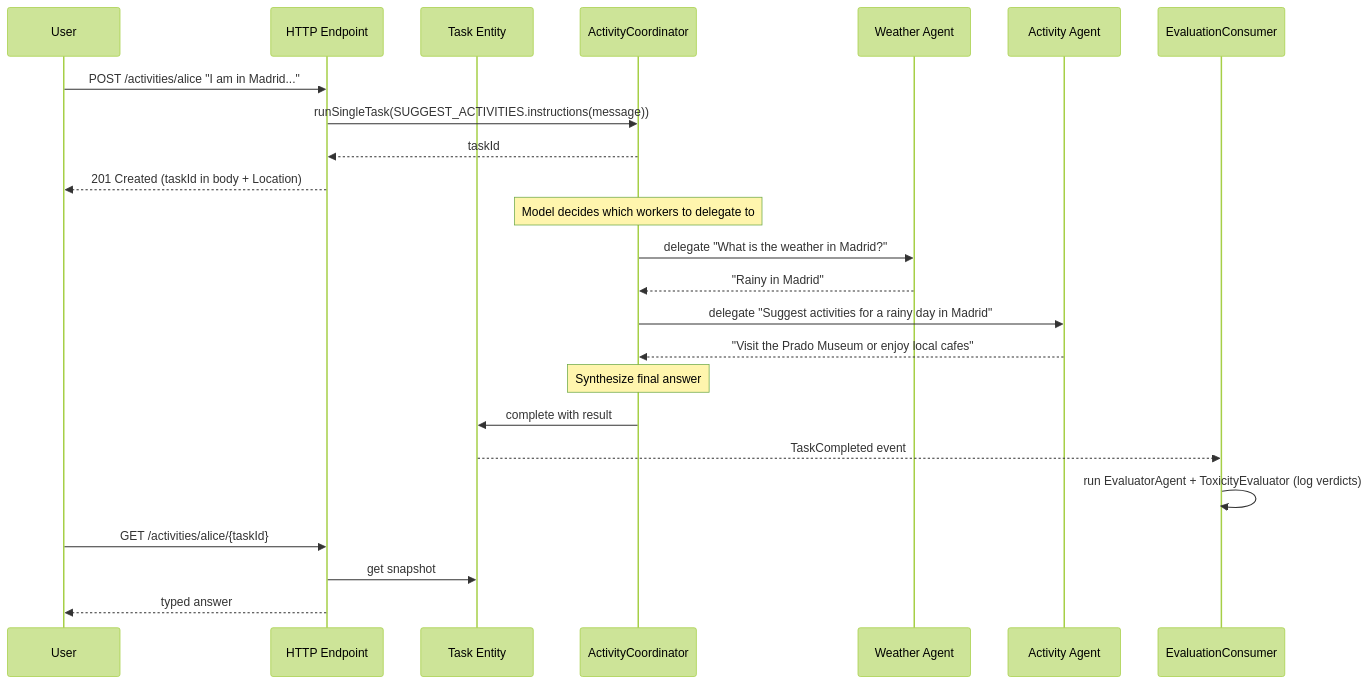
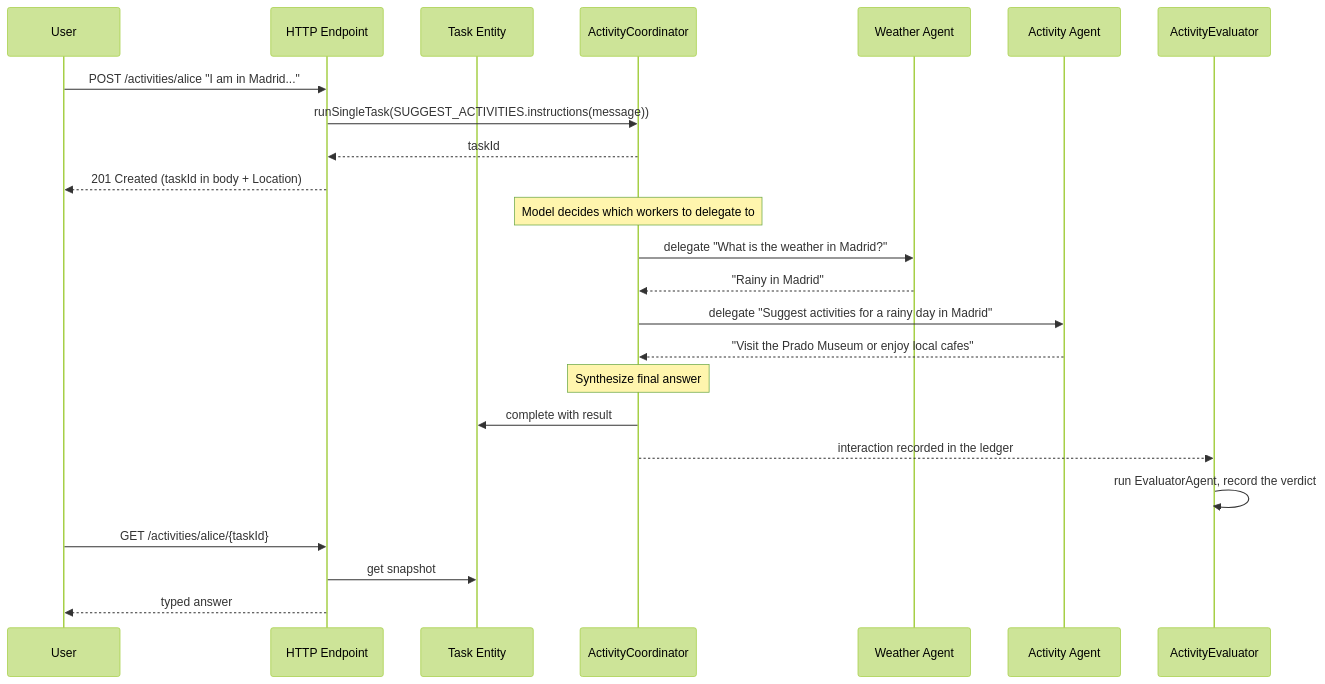
The diagram in samples/multi-agent/README.md (akka/akka-sdk), drawn with Mermaid (forest theme) before and after one commit. The commit also changed other lines of this file and 10 other files, not shown here.

Commit message:
chore: evaluate the multi-agent sample with an evaluator component

````diff
--- a/samples/multi-agent/README.md
+++ b/samples/multi-agent/README.md
@@ -32,33 +32,33 @@
 ```mermaid
 sequenceDiagram
     participant User
     participant HTTPEndpoint as HTTP Endpoint
     participant Task as Task Entity
     participant Coordinator as ActivityCoordinator
     participant WeatherAgent as Weather Agent
     participant ActivityAgent as Activity Agent
-    participant EvalConsumer as EvaluationConsumer
+    participant Evaluator as ActivityEvaluator
 
     User->>HTTPEndpoint: POST /activities/alice "I am in Madrid..."
     HTTPEndpoint->>Coordinator: runSingleTask(SUGGEST_ACTIVITIES.instructions(message))
     Coordinator-->>HTTPEndpoint: taskId
     HTTPEndpoint-->>User: 201 Created (taskId in body + Location)
 
     Note over Coordinator: Model decides which workers to delegate to
 
     Coordinator->>WeatherAgent: delegate "What is the weather in Madrid?"
     WeatherAgent-->>Coordinator: "Rainy in Madrid"
 
     Coordinator->>ActivityAgent: delegate "Suggest activities for a rainy day in Madrid"
     ActivityAgent-->>Coordinator: "Visit the Prado Museum or enjoy local cafes"
 
     Note over Coordinator: Synthesize final answer
     Coordinator->>Task: complete with result
 
-    Task-->>EvalConsumer: TaskCompleted event
-    EvalConsumer->>EvalConsumer: run EvaluatorAgent + ToxicityEvaluator (log verdicts)
+    Coordinator-->>Evaluator: interaction recorded in the ledger
+    Evaluator->>Evaluator: run EvaluatorAgent, record the verdict
 
     User->>HTTPEndpoint: GET /activities/alice/{taskId}
     HTTPEndpoint->>Task: get snapshot
     HTTPEndpoint-->>User: typed answer
 ```
````
